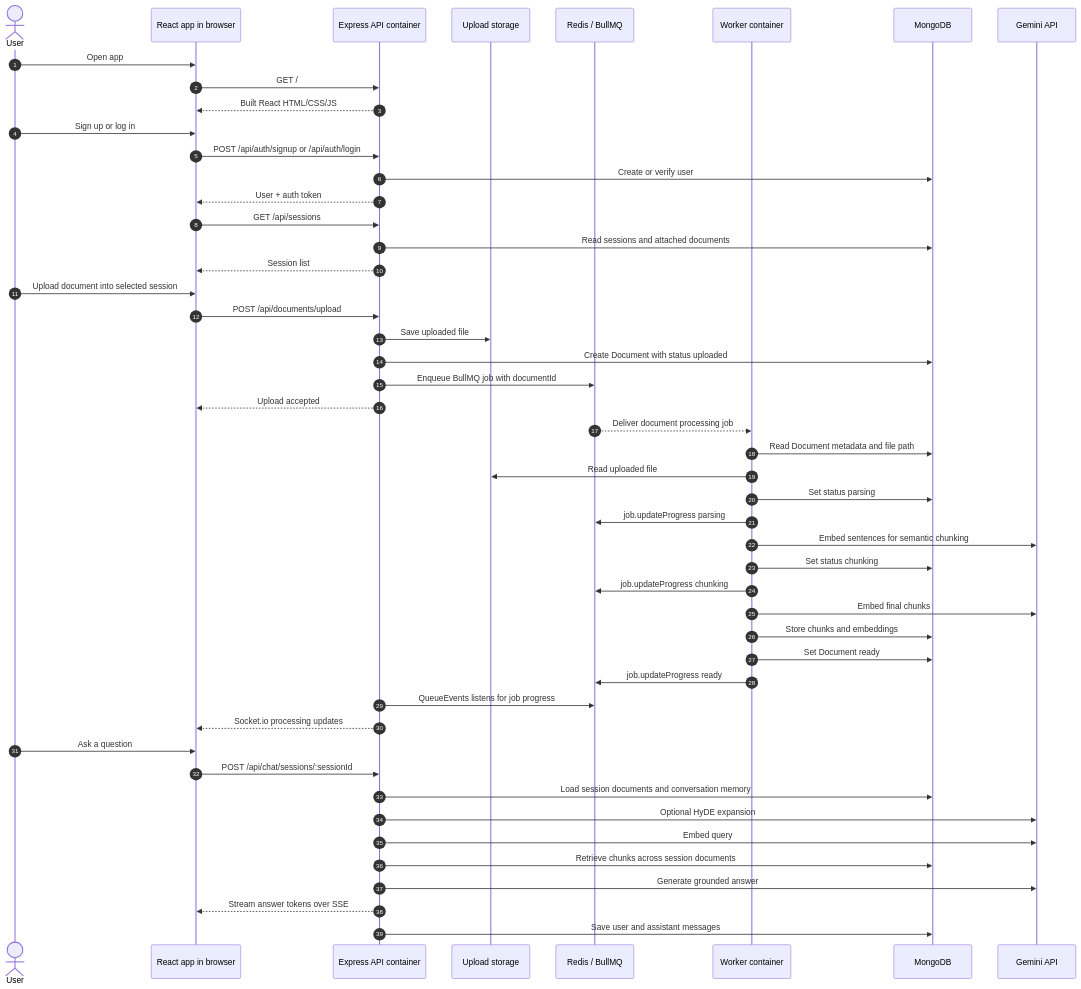
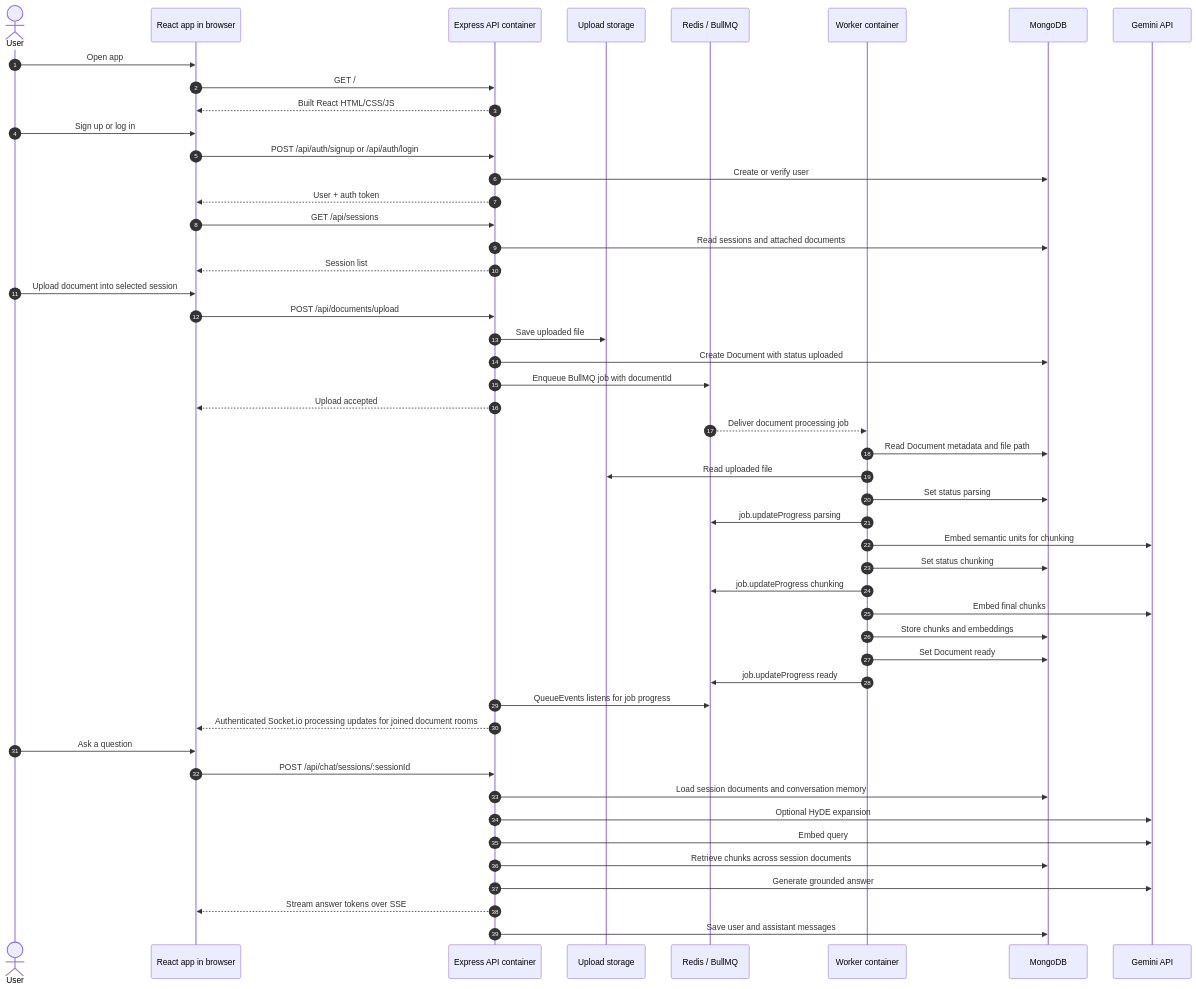
Before and after one commit to parihar-harsh/RAG-based-doc-scanner: the second of 2 diagrams in README.md, drawn with Mermaid. The commit also changed other lines of this file and 9 other files, not shown here.

````diff
--- a/README.md
+++ b/README.md
@@ -119,58 +119,58 @@
 ```mermaid
 sequenceDiagram
   autonumber
   actor User
   participant Browser as React app in browser
   participant API as Express API container
   participant Uploads as Upload storage
   participant Redis as Redis / BullMQ
   participant Worker as Worker container
   participant Mongo as MongoDB
   participant Gemini as Gemini API
 
   User->>Browser: Open app
   Browser->>API: GET /
   API-->>Browser: Built React HTML/CSS/JS
 
   User->>Browser: Sign up or log in
   Browser->>API: POST /api/auth/signup or /api/auth/login
   API->>Mongo: Create or verify user
   API-->>Browser: User + auth token
 
   Browser->>API: GET /api/sessions
   API->>Mongo: Read sessions and attached documents
   API-->>Browser: Session list
 
   User->>Browser: Upload document into selected session
   Browser->>API: POST /api/documents/upload
   API->>Uploads: Save uploaded file
   API->>Mongo: Create Document with status uploaded
   API->>Redis: Enqueue BullMQ job with documentId
   API-->>Browser: Upload accepted
 
   Redis-->>Worker: Deliver document processing job
   Worker->>Mongo: Read Document metadata and file path
   Worker->>Uploads: Read uploaded file
   Worker->>Mongo: Set status parsing
   Worker->>Redis: job.updateProgress parsing
-  Worker->>Gemini: Embed sentences for semantic chunking
+  Worker->>Gemini: Embed semantic units for chunking
   Worker->>Mongo: Set status chunking
   Worker->>Redis: job.updateProgress chunking
   Worker->>Gemini: Embed final chunks
   Worker->>Mongo: Store chunks and embeddings
   Worker->>Mongo: Set Document ready
   Worker->>Redis: job.updateProgress ready
 
   API->>Redis: QueueEvents listens for job progress
-  API-->>Browser: Socket.io processing updates
+  API-->>Browser: Authenticated Socket.io processing updates for joined document rooms
 
   User->>Browser: Ask a question
   Browser->>API: POST /api/chat/sessions/:sessionId
   API->>Mongo: Load session documents and conversation memory
   API->>Gemini: Optional HyDE expansion
   API->>Gemini: Embed query
   API->>Mongo: Retrieve chunks across session documents
   API->>Gemini: Generate grounded answer
   API-->>Browser: Stream answer tokens over SSE
   API->>Mongo: Save user and assistant messages
 ```
````
